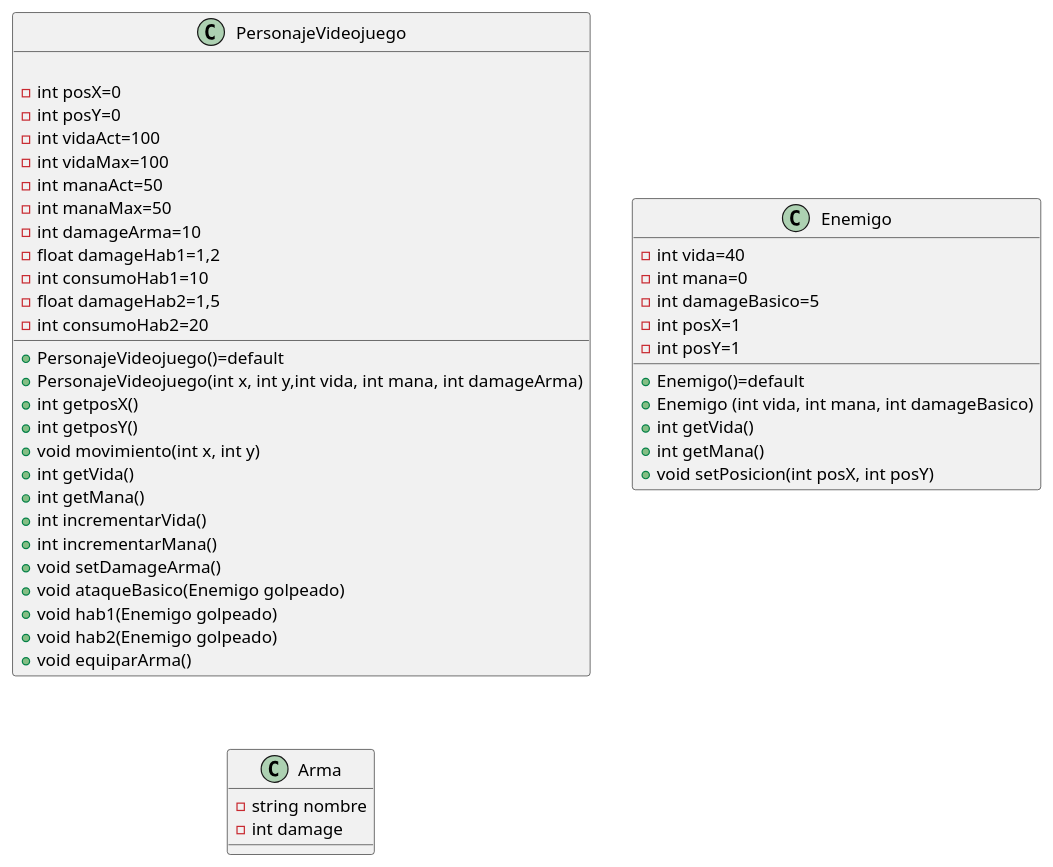
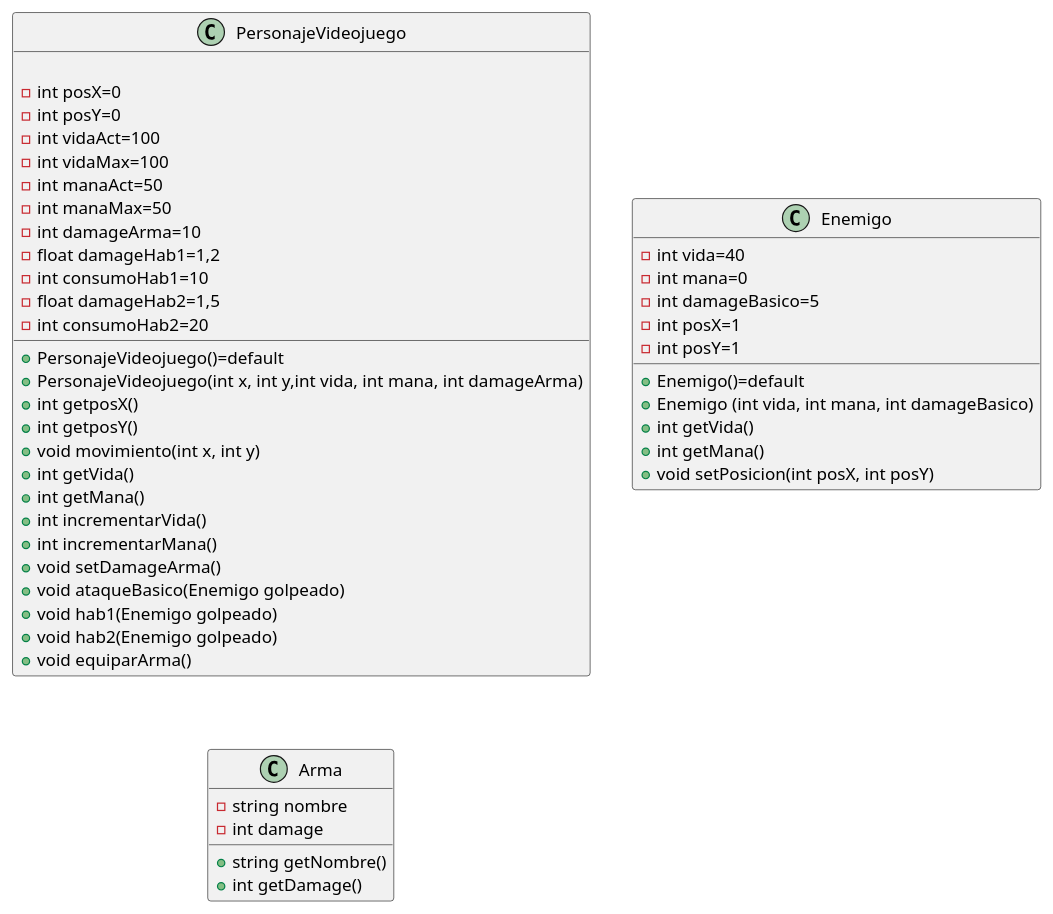
One commit to Krixtalx/expert-eureka changed the diagram in expert-eureka/Diagrama base.puml. Above: the diagram before and after it, drawn with PlantUML.

```diff
--- a/expert-eureka/Diagrama base.puml
+++ b/expert-eureka/Diagrama base.puml
@@ -1,52 +1,54 @@
 @startuml
 
 class PersonajeVideojuego{
 
     +PersonajeVideojuego()=default
     +PersonajeVideojuego(int x, int y,int vida, int mana, int damageArma)
     +int getposX()
     +int getposY()
     +void movimiento(int x, int y)
     +int getVida()
     +int getMana()
     +int incrementarVida()
     +int incrementarMana()
     +void setDamageArma()
     +void ataqueBasico(Enemigo golpeado)
     +void hab1(Enemigo golpeado)
     +void hab2(Enemigo golpeado)
     +void equiparArma()
     
     -int posX=0
     -int posY=0
     -int vidaAct=100
     -int vidaMax=100
     -int manaAct=50
     -int manaMax=50
     -int damageArma=10
     -float damageHab1=1,2
     -int consumoHab1=10
     -float damageHab2=1,5
     -int consumoHab2=20
 }
 
 class Enemigo{
     +Enemigo()=default
     +Enemigo (int vida, int mana, int damageBasico)
     +int getVida()
     +int getMana()
     +void setPosicion(int posX, int posY)
 
     -int vida=40
     -int mana=0
     -int damageBasico=5
     -int posX=1
     -int posY=1
 }
 
 class Arma{
+    +string getNombre()
+    +int getDamage()
     -string nombre
     -int damage
 }
 
 @enduml
```
